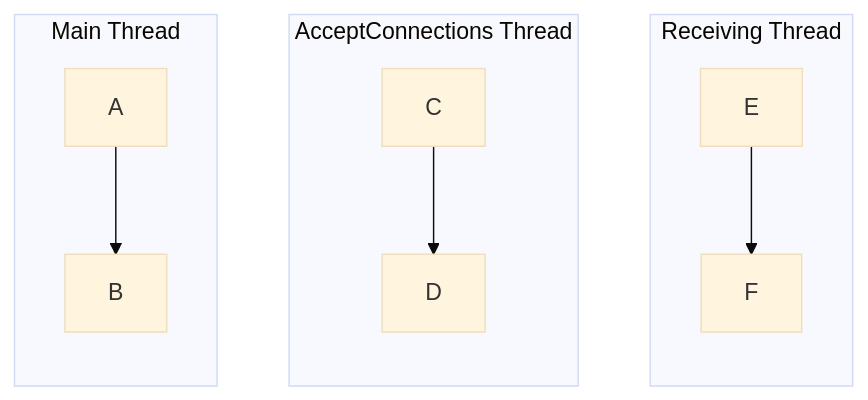
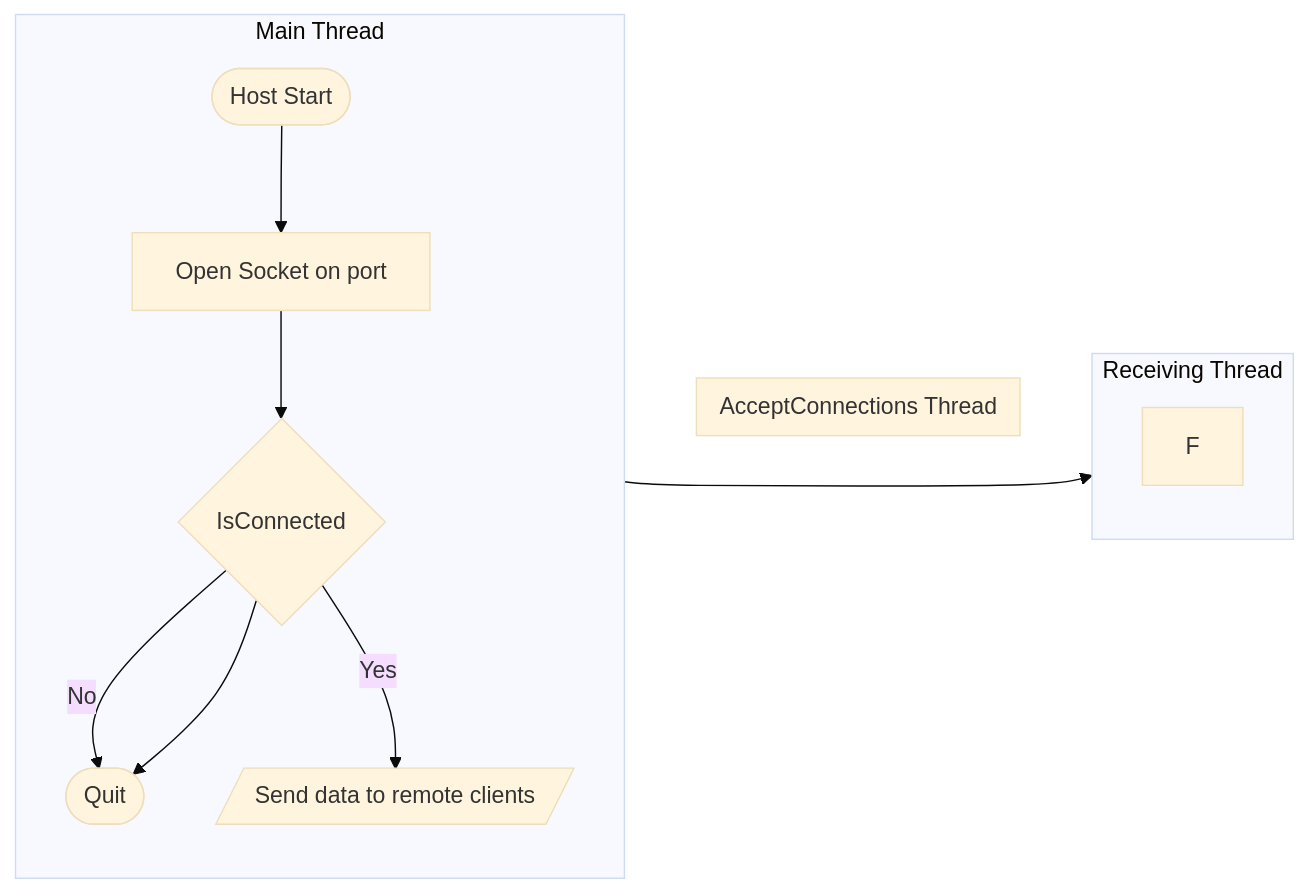
The diagram in README.md (GMcMichael/ThornNetworking), drawn with Mermaid (base theme) before and after one commit.

````diff
--- a/README.md
+++ b/README.md
@@ -1,16 +1,19 @@
 ```mermaid
 flowchart LR
   mt ~~~ act ~~~ rt
   subgraph mt [Main Thread]
     direction TB
-    A-->B
+    A([Host Start])-->B[Open Socket on port]
+    B-->C{IsConnected}
+    C-- No -->D([Quit])
+    C-- Yes -->E[/Send data to remote clients/]
   end
   subgraph act [AcceptConnections Thread]
     direction TB
     C-->D
   end
   subgraph rt [Receiving Thread]
     direction TB
     E-->F
   end
 ```
````
